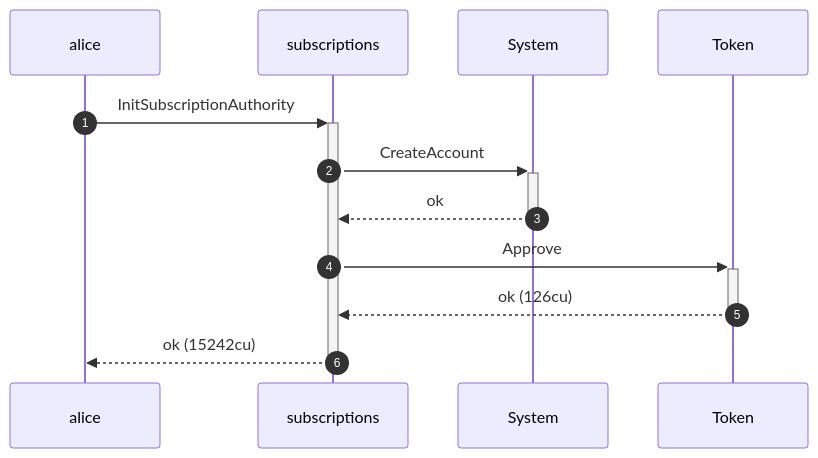
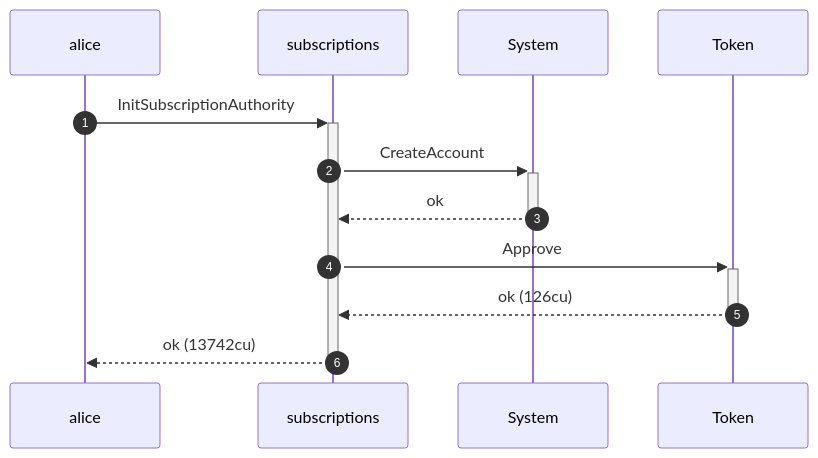
One commit to cds-rs/subscriptions changed the second of 20 diagrams in dsl_tests/resume-rejected-when-the-plan-was-deleted.md. Above: the diagram before and after it, drawn with Mermaid. The commit also changed other lines of this file and 224 other files, not shown here.

````diff
--- a/dsl_tests/resume-rejected-when-the-plan-was-deleted.md
+++ b/dsl_tests/resume-rejected-when-the-plan-was-deleted.md
@@ -38,14 +39,14 @@
 ```mermaid
 sequenceDiagram
     autonumber
     participant alice
     participant subscriptions
     participant System
     participant Token
     alice ->>+ subscriptions: InitSubscriptionAuthority
     subscriptions ->>+ System: CreateAccount
     System -->>- subscriptions: ok
     subscriptions ->>+ Token: Approve
     Token -->>- subscriptions: ok (126cu)
-    subscriptions -->>- alice: ok (15242cu)
+    subscriptions -->>- alice: ok (13742cu)
 ```
````
